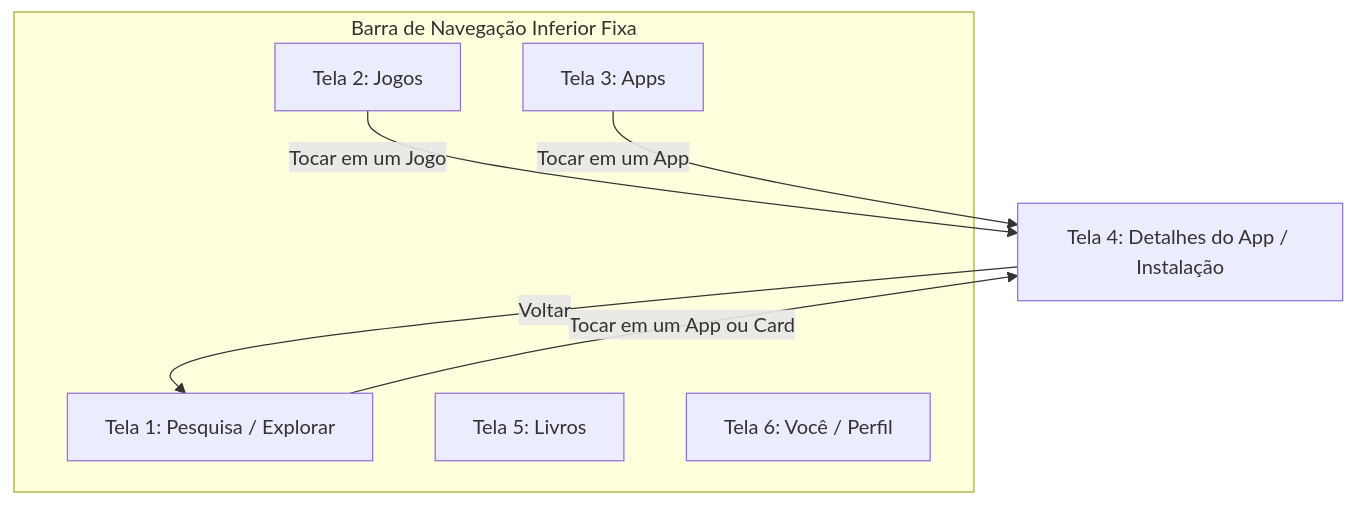
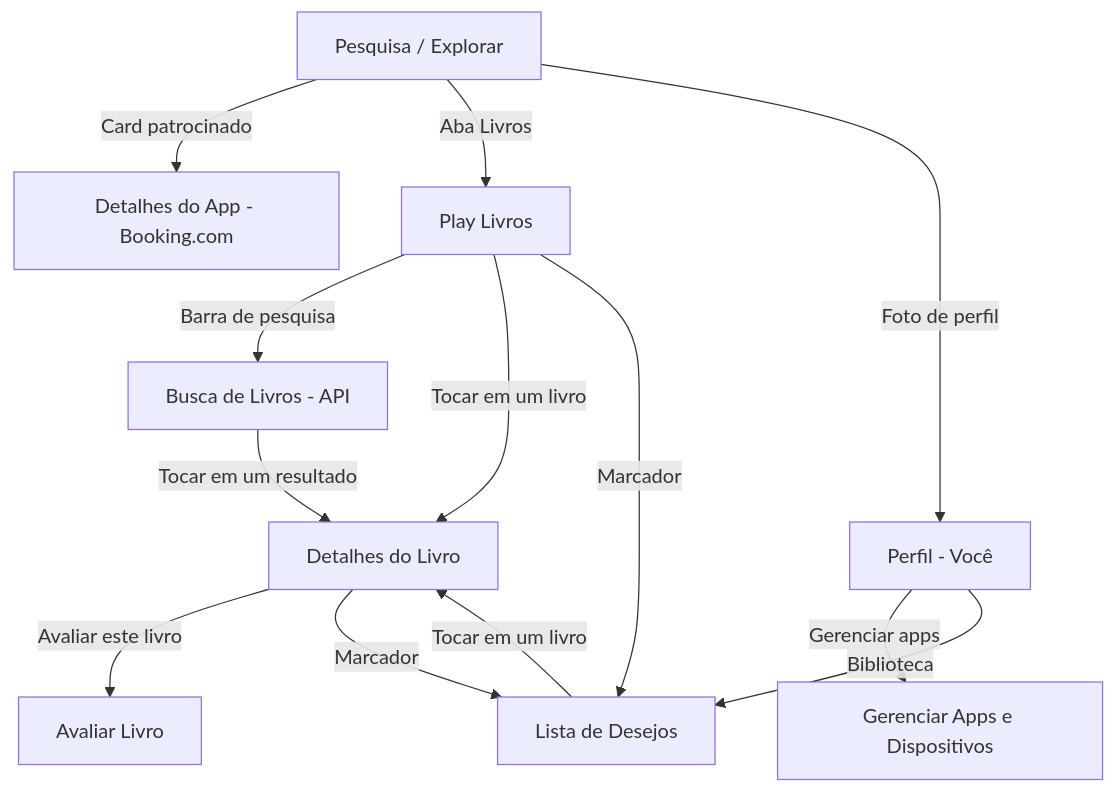
Before and after one commit to pfFabio/trabHibrido: the diagram in README.md, drawn with Mermaid. The commit also changed other lines of this file, not shown here.

Commit message:
docs: atualizar README com as telas reais, API Open Library, AsyncStorage e arquitetura

````diff
--- a/README.md
+++ b/README.md
@@ -23,15 +24,18 @@
 ```mermaid
 graph TD
-    subgraph BottomNav [Barra de Navegação Inferior Fixa]
-        A[Tela 2: Jogos]
-        B[Tela 3: Apps]
-        C[Tela 1: Pesquisa / Explorar]
-        D[Tela 5: Livros]
-        E[Tela 6: Você / Perfil]
-    end
+    A[Pesquisa / Explorar] -->|Card patrocinado| B[Detalhes do App - Booking.com]
+    A -->|Aba Livros| C[Play Livros]
+    A -->|Foto de perfil| D[Perfil - Você]
 
-    C -->|Tocar em um App ou Card| F[Tela 4: Detalhes do App / Instalação]
-    A -->|Tocar em um Jogo| F
-    B -->|Tocar em um App| F
-    F -->|Voltar| C
+    C -->|Barra de pesquisa| E[Busca de Livros - API]
+    C -->|Tocar em um livro| F[Detalhes do Livro]
+    C -->|Marcador| G[Lista de Desejos]
+
+    E -->|Tocar em um resultado| F
+    F -->|Avaliar este livro| H[Avaliar Livro]
+    F -->|Marcador| G
+    G -->|Tocar em um livro| F
+
+    D -->|Gerenciar apps| I[Gerenciar Apps e Dispositivos]
+    D -->|Biblioteca| G
 ```
````
